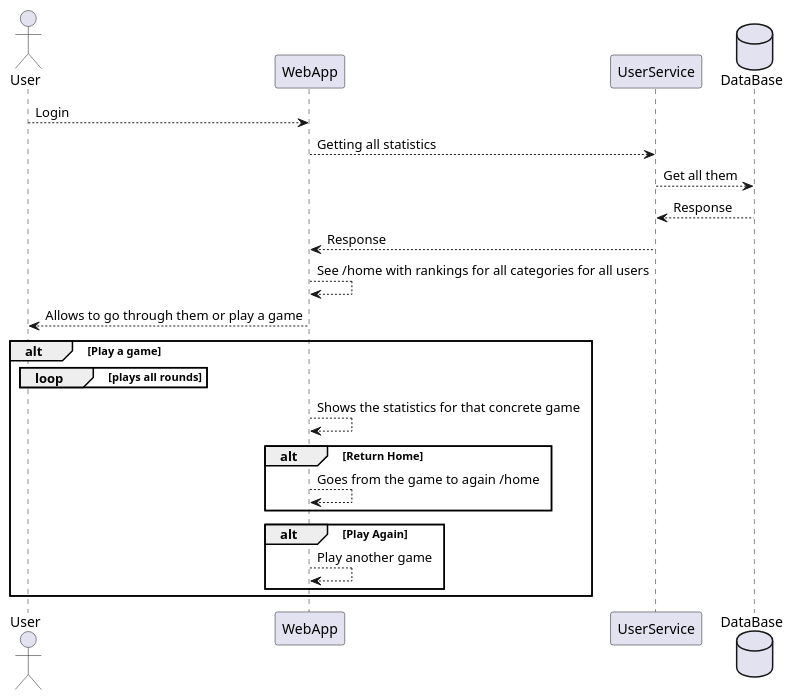
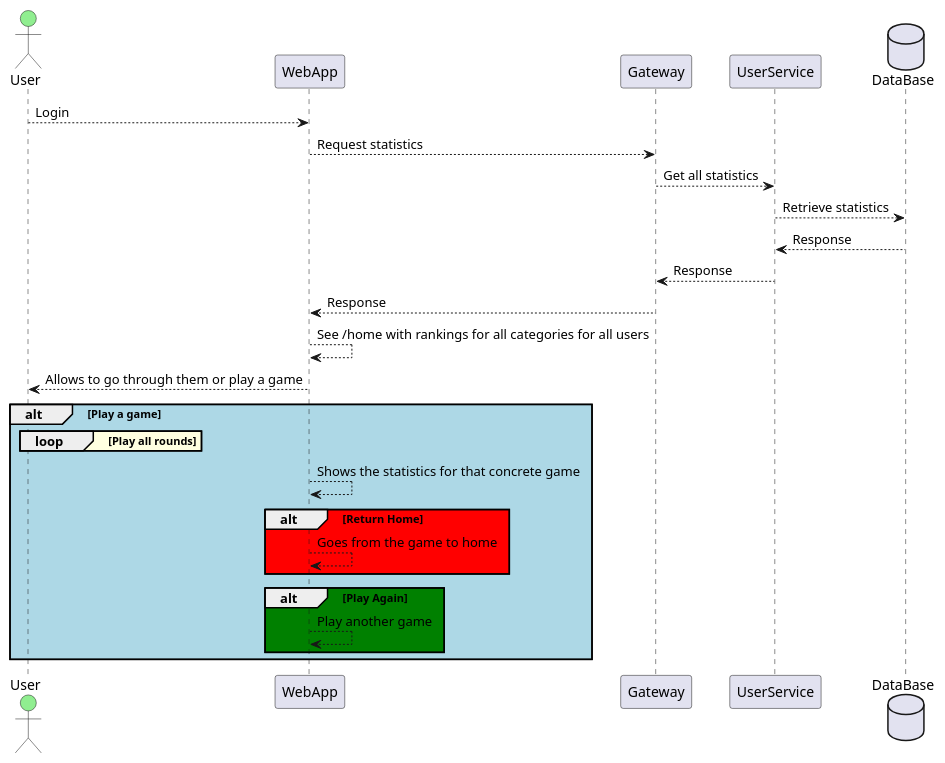
One commit to Arquisoft/wichat_en3b changed the fifth of 5 diagrams in docs/src/06_runtime_view.adoc. Above: the diagram before and after it, drawn with PlantUML.

Commit message:
Diagram of part 6.5 (add gateway and colors)

```diff
--- a/docs/src/06_runtime_view.adoc
+++ b/docs/src/06_runtime_view.adoc
@@ -184,35 +184,36 @@
 [plantuml,"Rankings",png]
 ----
-
-actor User
+actor User #lightgreen
 participant WebApp
+participant Gateway
 participant UserService
 database DataBase
 
 User --> WebApp: Login
 
-WebApp --> UserService: Getting all statistics
-UserService --> DataBase: Get all them
+WebApp --> Gateway: Request statistics
+Gateway --> UserService: Get all statistics
+UserService --> DataBase: Retrieve statistics
 DataBase --> UserService: Response
-UserService --> WebApp: Response
+UserService --> Gateway: Response
+Gateway --> WebApp: Response
 
 WebApp --> WebApp: See /home with rankings for all categories for all users
 WebApp --> User: Allows to go through them or play a game
 
-alt Play a game
-    loop plays all rounds
+alt #lightblue Play a game
+    loop #lightyellow Play all rounds
     
     end
     
     WebApp--> WebApp: Shows the statistics for that concrete game
     
-    alt Return Home
-        WebApp--> WebApp: Goes from the game to again /home
+    alt #red Return Home
+        WebApp--> WebApp: Goes from the game to home
     end
     
-    alt Play Again
+    alt #green Play Again
         WebApp--> WebApp: Play another game
     end
 end
-
 ----
```
